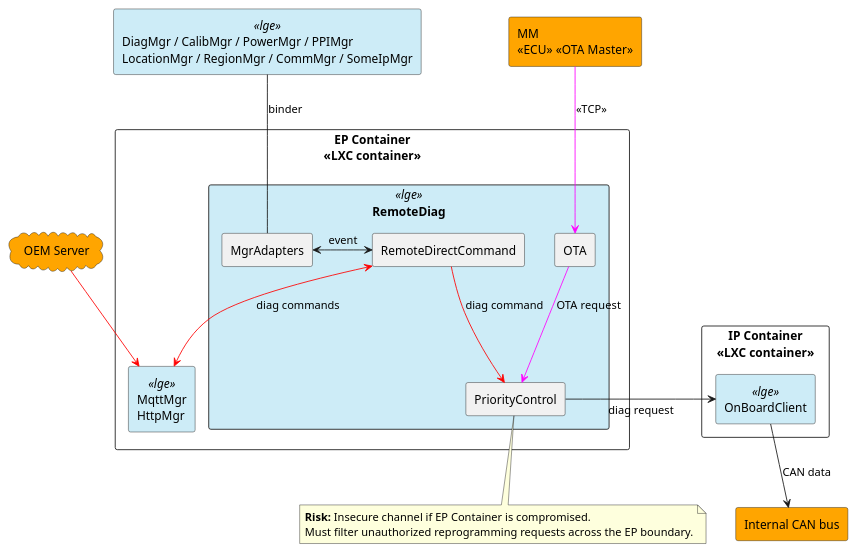
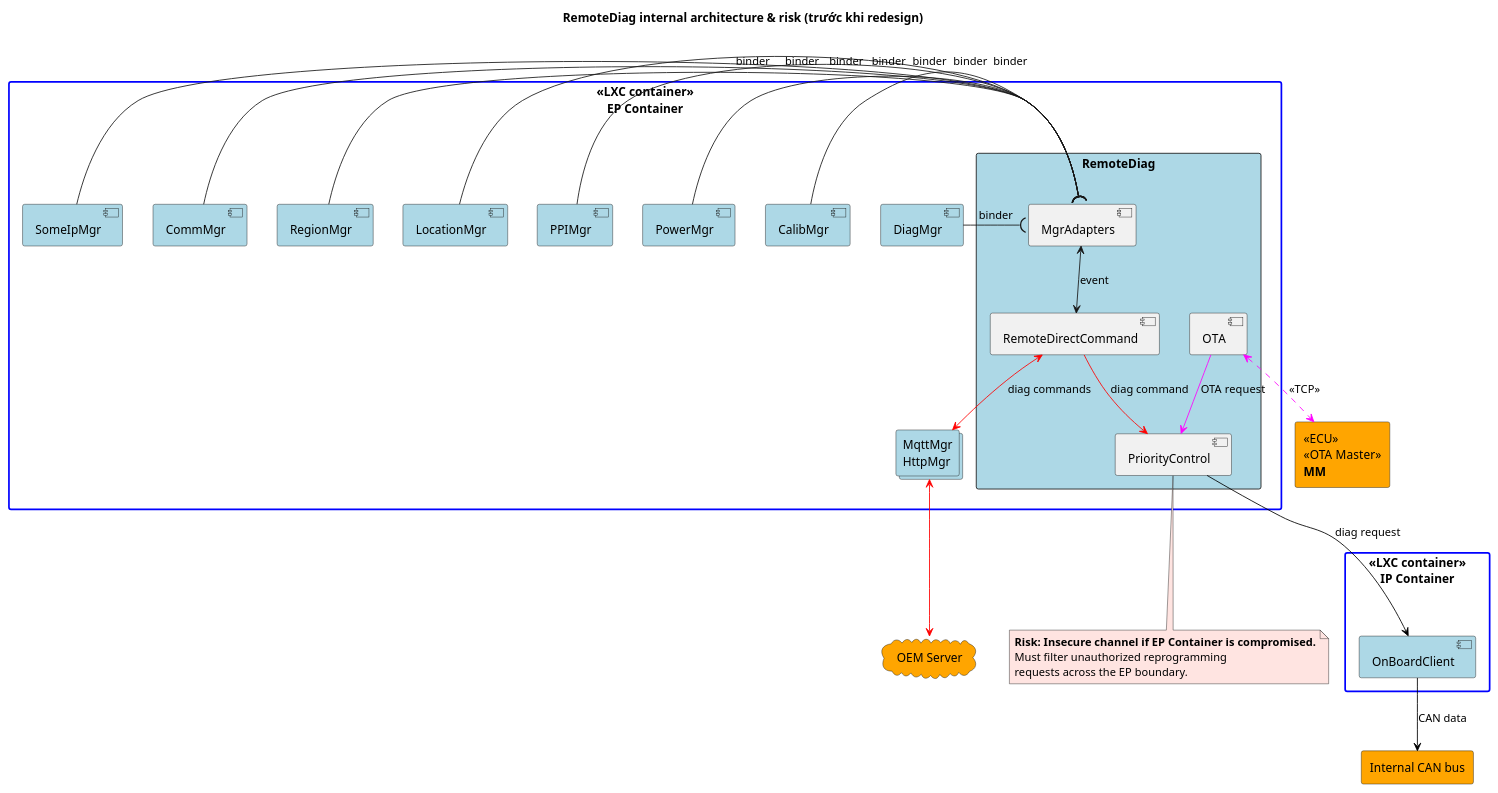
Before and after one commit to btqt/fe: the third of 8 diagrams in design/FE_phi.vu_Design of Secure Remote Diag on Container Separation Architecture_3rd.md, drawn with PlantUML. The commit also changed other lines of this file and 3 other files, not shown here.

````diff
--- a/design/FE_phi.vu_Design of Secure Remote Diag on Container Separation Architecture_3rd.md
+++ b/design/FE_phi.vu_Design of Secure Remote Diag on Container Separation Architecture_3rd.md
@@ -126,44 +166,57 @@
 ```plantuml
-@startuml
-skinparam componentStyle uml2
-skinparam rectangle {
-  BackgroundColor<<lge>> #CDECF7
-  BackgroundColor<<ext>> #FFA500
+@startuml problem_diagram
+title RemoteDiag internal architecture & risk (trước khi redesign)
+
+cloud "OEM Server" as OEM #Orange
+rectangle "<<ECU>>\n<<OTA Master>>\n**MM**" as MM #Orange
+rectangle "Internal CAN bus" as CAN #Orange
+
+rectangle "<<LXC container>>\n**EP Container**" as EP #line:Blue;line.bold {
+    component "DiagMgr" as DIAG #LightBlue
+    component "CalibMgr" as CALIB #LightBlue
+    component "PowerMgr" as PWR #LightBlue
+    component "PPIMgr" as PPI #LightBlue
+    component "LocationMgr" as LOC #LightBlue
+    component "RegionMgr" as REG #LightBlue
+    component "CommMgr" as CMM #LightBlue
+    component "SomeIpMgr" as SOME #LightBlue
+
+    rectangle "**RemoteDiag**" as RDG #LightBlue {
+        component "MgrAdapters" as ADP
+        component "RemoteDirectCommand" as RDC
+        component "OTA" as OTA
+        component "PriorityControl" as PRIO
+    }
+    collections "MqttMgr\nHttpMgr" as COMM #LightBlue
 }
 
-cloud "OEM Server" as OEM #FFA500
-
-rectangle "EP Container\n<<LXC container>>" {
-  rectangle "RemoteDiag" <<lge>> {
-    rectangle "MgrAdapters" as ADP
-    rectangle "RemoteDirectCommand" as RDC
-    rectangle "OTA" as OTA
-    rectangle "PriorityControl" as PRIO
-  }
-  rectangle "MqttMgr\nHttpMgr" as MQTT <<lge>>
+rectangle "<<LXC container>>\n**IP Container**" as IP #line:Blue;line.bold {
+    component "OnBoardClient" as OBC #LightBlue
 }
 
-rectangle "IP Container\n<<LXC container>>" {
-  rectangle "OnBoardClient" as OBC <<lge>>
-}
+' Binder interface: XXXMgr <--> MgrAdapters
+DIAG -( ADP : binder
+CALIB -( ADP : binder
+PWR -( ADP : binder
+PPI -( ADP : binder
+LOC -( ADP : binder
+REG -( ADP : binder
+CMM -( ADP : binder
+SOME -( ADP : binder
 
-rectangle "DiagMgr / CalibMgr / PowerMgr / PPIMgr\nLocationMgr / RegionMgr / CommMgr / SomeIpMgr" as MGRS <<lge>>
-rectangle "MM\n<<ECU>> <<OTA Master>>" as MM #FFA500
-rectangle "Internal CAN bus" as CAN #FFA500
+ADP <--> RDC : event
+RDC <-[#red]-> COMM : diag commands
+COMM <-[#red]-> OEM
+RDC -[#red]-> PRIO : diag command
+OTA -[#magenta]-> PRIO : OTA request
+OTA <-[#magenta,dashed]-> MM : <<TCP>>
+PRIO -[#black]-> OBC : diag request
+OBC -[#black]-> CAN : CAN data
 
-MGRS -- ADP : binder
-ADP <-> RDC : event
-RDC <-[#red]-> MQTT : diag commands
-OEM -[#red]-> MQTT
-RDC -[#red]-> PRIO : diag command
-PRIO -> OBC : diag request
-OTA -[#magenta]-> PRIO : OTA request
-MM -[#magenta]-> OTA : <<TCP>>
-OBC --> CAN : CAN data
-
-note bottom of PRIO
-  **Risk:** Insecure channel if EP Container is compromised.
-  Must filter unauthorized reprogramming requests across the EP boundary.
+note bottom of PRIO #MistyRose
+**Risk: Insecure channel if EP Container is compromised.**
+Must filter unauthorized reprogramming
+requests across the EP boundary.
 end note
 @enduml
 ```
````
